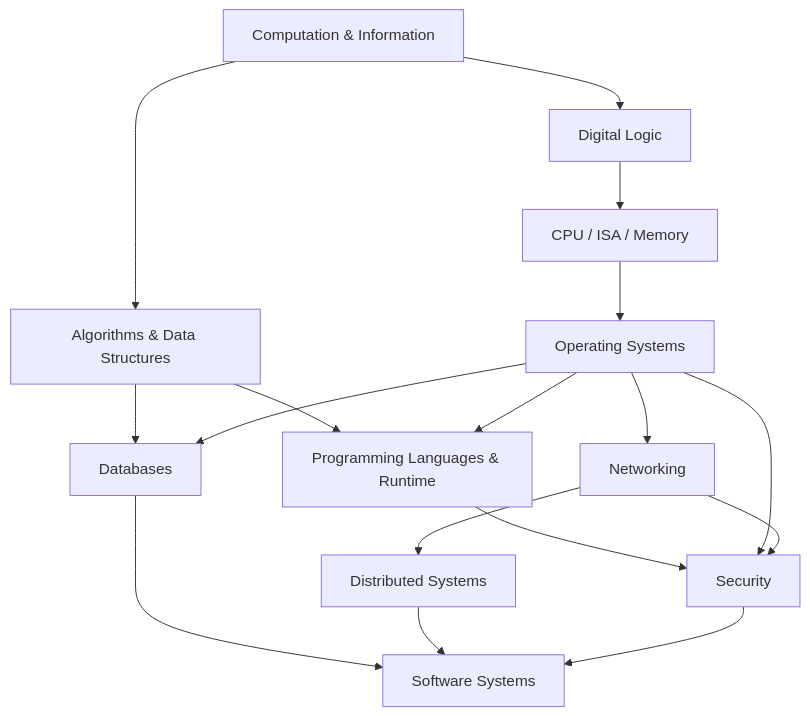
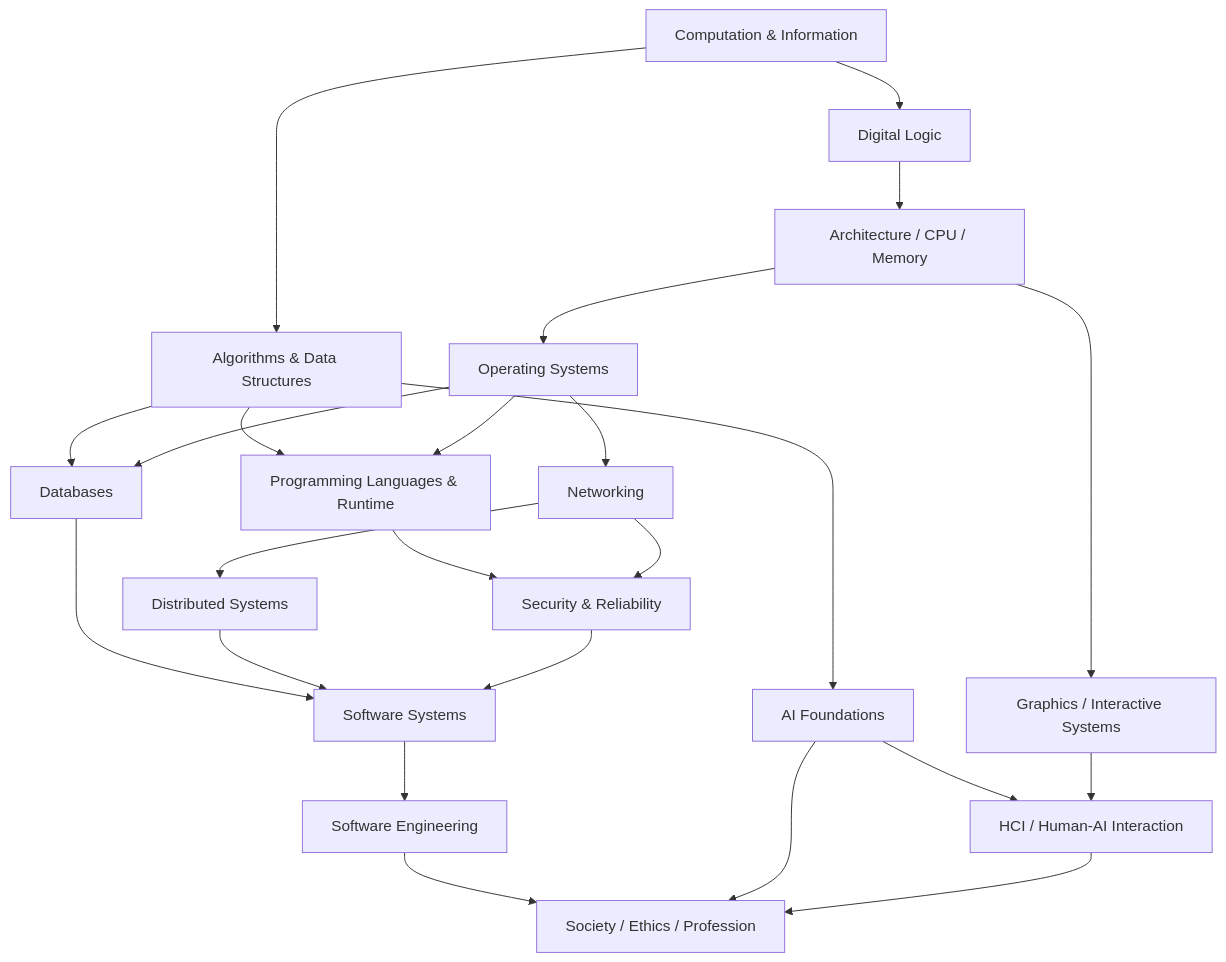
One commit to hunggtham/learning-docs changed the diagram in computer_science/README.md. Above: the diagram before and after it, drawn with Mermaid. The commit also changed other lines of this file and 3 other files, not shown here.

````diff
--- a/computer_science/README.md
+++ b/computer_science/README.md
@@ -31,19 +35,26 @@
 ```mermaid
 graph TD
     A[Computation & Information] --> B[Algorithms & Data Structures]
     A --> C[Digital Logic]
-    C --> D[CPU / ISA / Memory]
+    C --> D[Architecture / CPU / Memory]
     D --> E[Operating Systems]
     B --> F[Programming Languages & Runtime]
     E --> F
     B --> G[Databases]
     E --> G
     E --> H[Networking]
     H --> I[Distributed Systems]
-    F --> J[Security]
-    E --> J
+    F --> J[Security & Reliability]
     H --> J
     G --> K[Software Systems]
     I --> K
     J --> K
+    K --> L[Software Engineering]
+    B --> M[AI Foundations]
+    M --> N[HCI / Human-AI Interaction]
+    D --> O[Graphics / Interactive Systems]
+    O --> N
+    L --> P[Society / Ethics / Profession]
+    M --> P
+    N --> P
 ```
````
